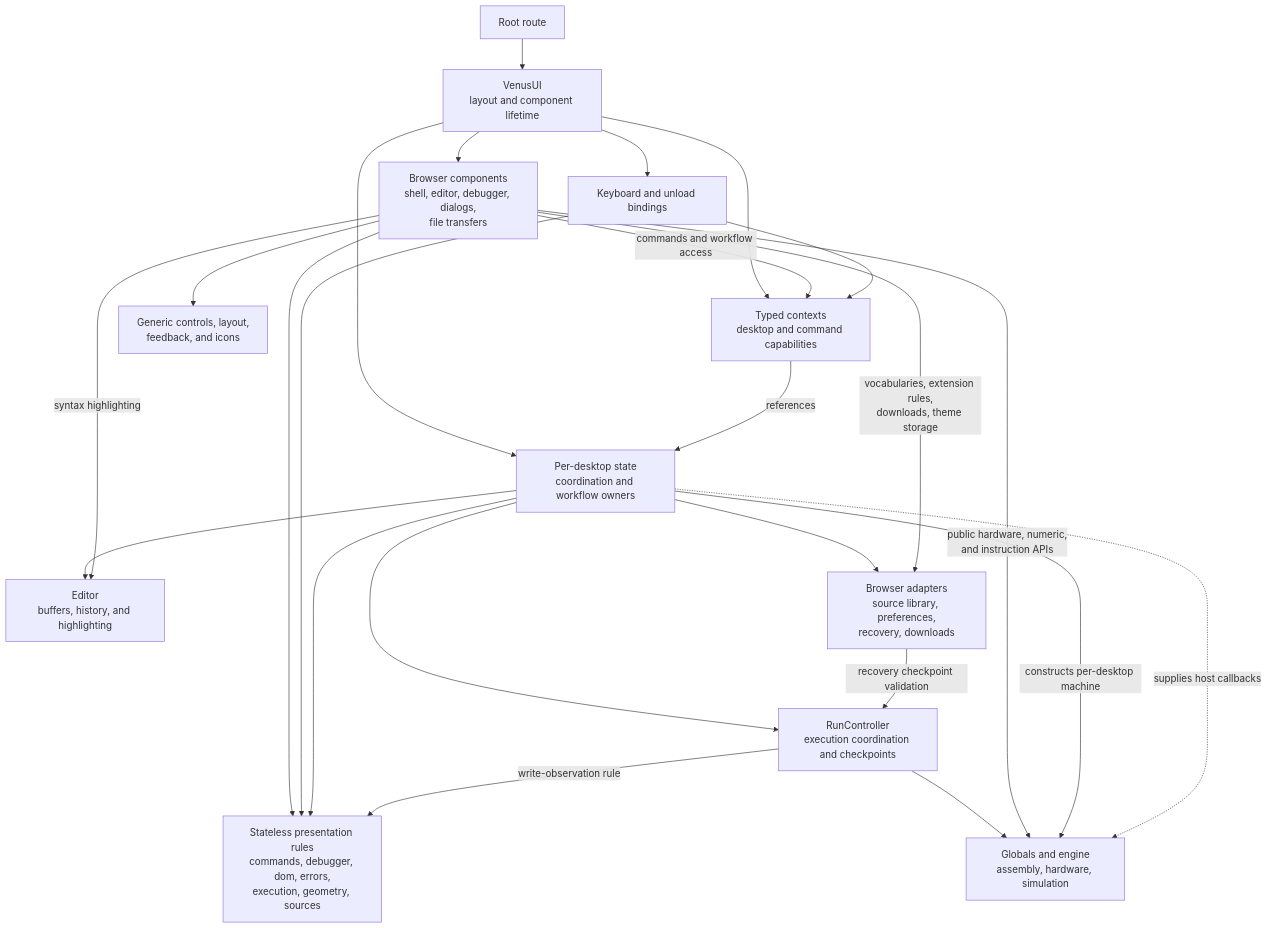
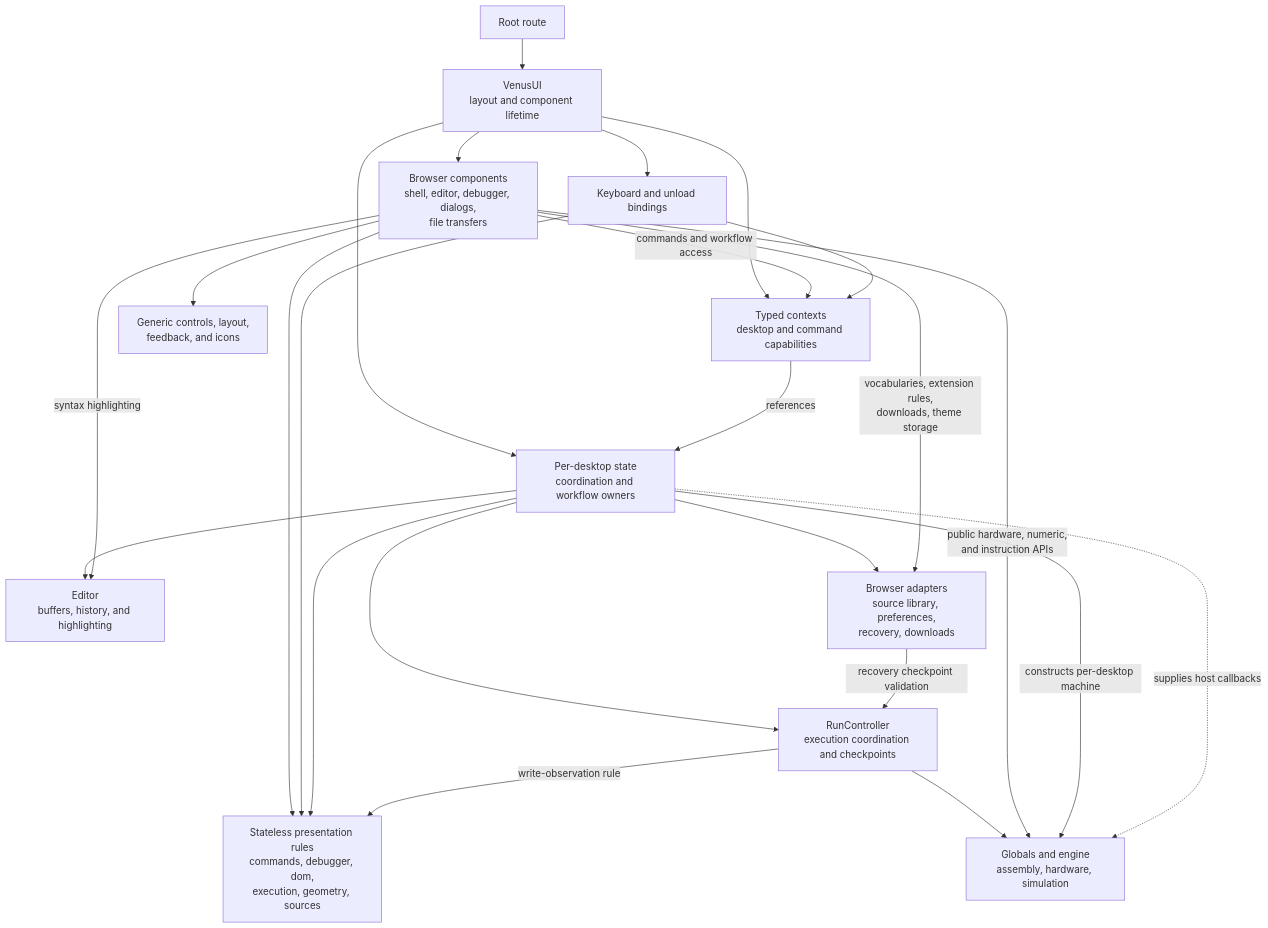
One commit to awpala/MARS-ts changed the first of 2 diagrams in src/lib/venus/README.md. Above: the diagram before and after it, drawn with Mermaid. The commit also changed other lines of this file and 74 other files, not shown here.

````diff
--- a/src/lib/venus/README.md
+++ b/src/lib/venus/README.md
@@ -15,26 +15,26 @@
 ```mermaid
 flowchart TB
     Route["Root route"] --> Root["VenusUI<br/>layout and component lifetime"]
     Root --> State["Per-desktop state<br/>coordination and workflow owners"]
     Root --> Context["Typed contexts<br/>desktop and command capabilities"]
     Context -->|references| State
     Root --> Views["Browser components<br/>shell, editor, debugger, dialogs,<br/>file transfers"]
     Views -->|commands and workflow access| Context
     Views --> Primitives["Generic controls, layout,<br/>feedback, and icons"]
     Root --> Hooks["Keyboard and unload bindings"]
     Hooks --> Context
-    Views --> Utilities["Stateless presentation rules<br/>commands, debugger, dom, errors,<br/>execution, geometry, sources"]
+    Views --> Utilities["Stateless presentation rules<br/>commands, debugger, dom,<br/>execution, geometry, sources"]
     Hooks --> Utilities
     State --> Utilities
     State --> Editor["Editor<br/>buffers, history, and highlighting"]
     Views -->|syntax highlighting| Editor
     State --> Browser["Browser adapters<br/>source library, preferences,<br/>recovery, downloads"]
     Views -->|"vocabularies, extension rules,<br/>downloads, theme storage"| Browser
     State --> Controller["RunController<br/>execution coordination and checkpoints"]
     Browser -->|"recovery checkpoint validation"| Controller
     Controller --> Engine["Globals and engine<br/>assembly, hardware, simulation"]
     Controller -->|"write-observation rule"| Utilities
     Views -->|"public hardware, numeric,<br/>and instruction APIs"| Engine
     State -->|constructs per-desktop machine| Engine
     State -.->|supplies host callbacks| Engine
 ```
````
